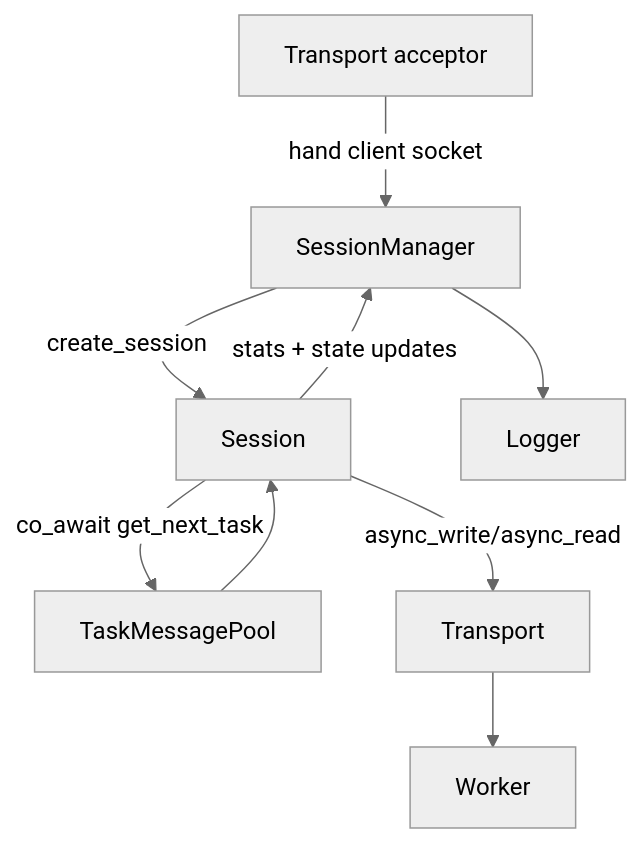
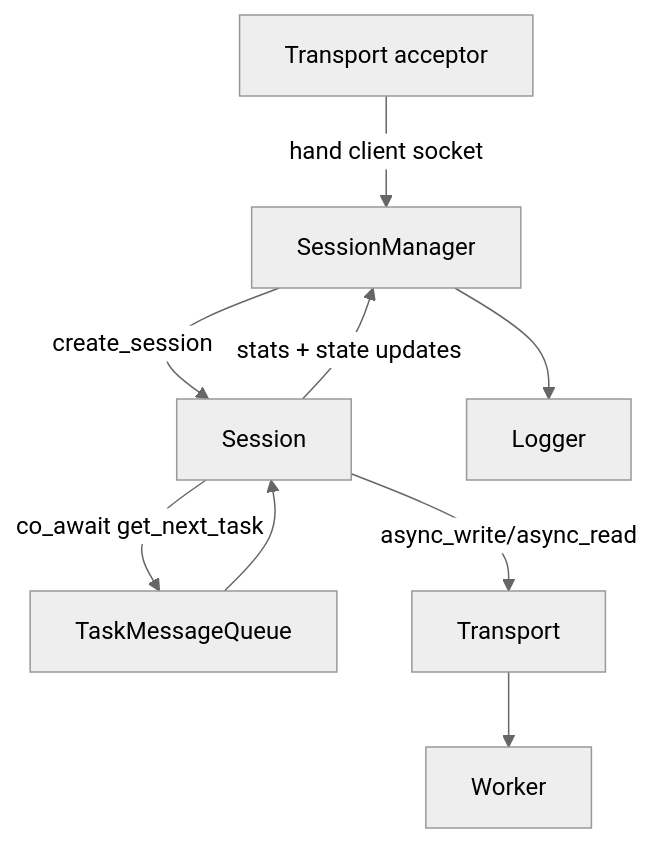
Before and after one commit to ilya-yusim/task-messenger: the first of 2 diagrams in dispatcher/session/README.md, drawn with Mermaid (neutral theme). The commit also changed other lines of this file and 24 other files, not shown here.

First line of the commit message:
Refactor TaskMessagePool to TaskMessageQueue across the dispatcher and messaging modules

````diff
--- a/dispatcher/session/README.md
+++ b/dispatcher/session/README.md
@@ -13,11 +13,11 @@
 ```mermaid
 graph TD
     Accept[Transport acceptor] -->|hand client socket| SessionManager
     SessionManager -->|create_session| Session
-    Session -->|co_await get_next_task| Pool[TaskMessagePool]
+    Session -->|co_await get_next_task| Pool[TaskMessageQueue]
     Pool --> Session
     Session -->|async_write/async_read| Transport
     Transport --> Worker
     Session -->|stats + state updates| SessionManager
     SessionManager --> Logger
 ```
````
